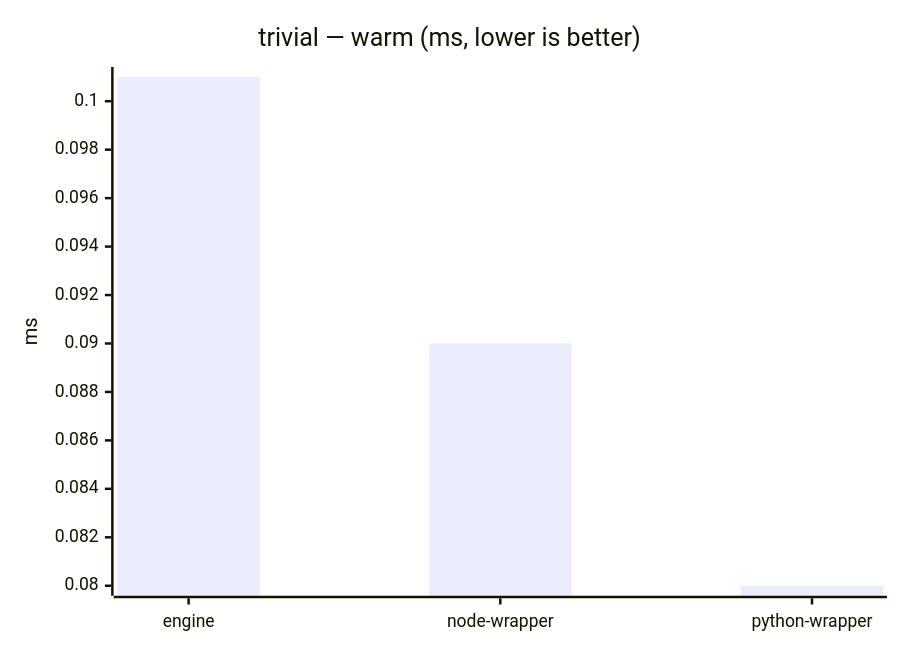
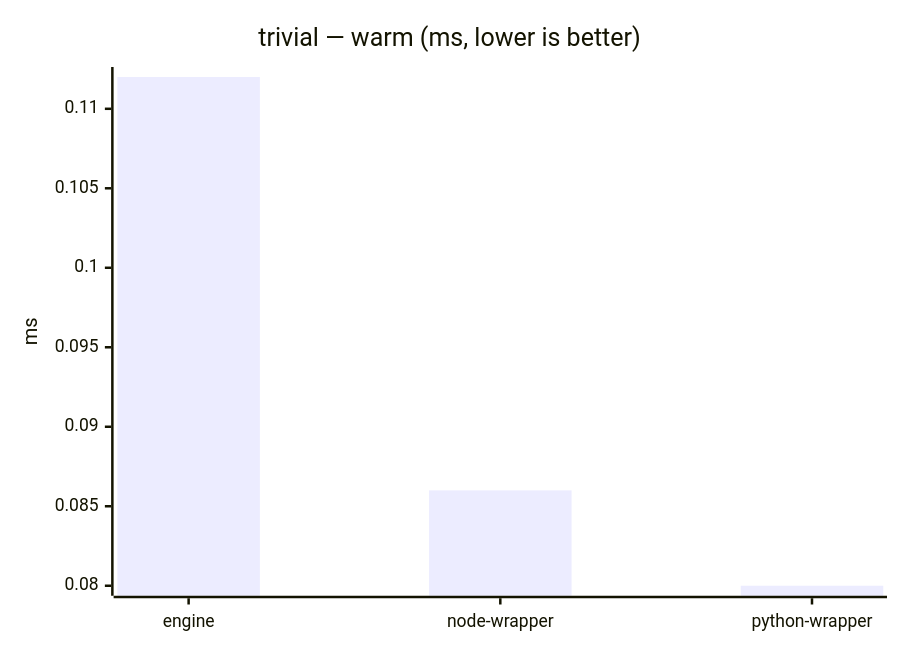
The third of 23 diagrams in benchmarks/report/RESULTS.md (mulesoft/data-weave-cli), drawn with Mermaid before and after one commit. The commit also changed other lines of this file, not shown here.

````diff
--- a/benchmarks/report/RESULTS.md
+++ b/benchmarks/report/RESULTS.md
@@ -62,7 +62,7 @@
 ```mermaid
 xychart-beta
     title "trivial — warm (ms, lower is better)"
     x-axis ["engine", "node-wrapper", "python-wrapper"]
     y-axis "ms"
-    bar [0.101, 0.09, 0.08]
+    bar [0.112, 0.086, 0.08]
 ```
````
